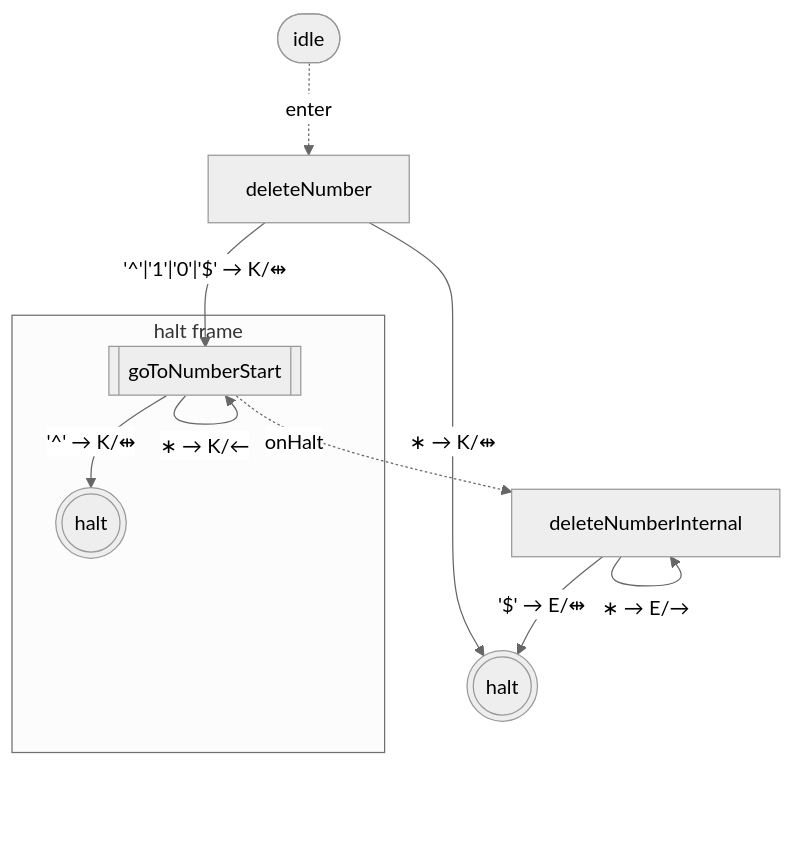
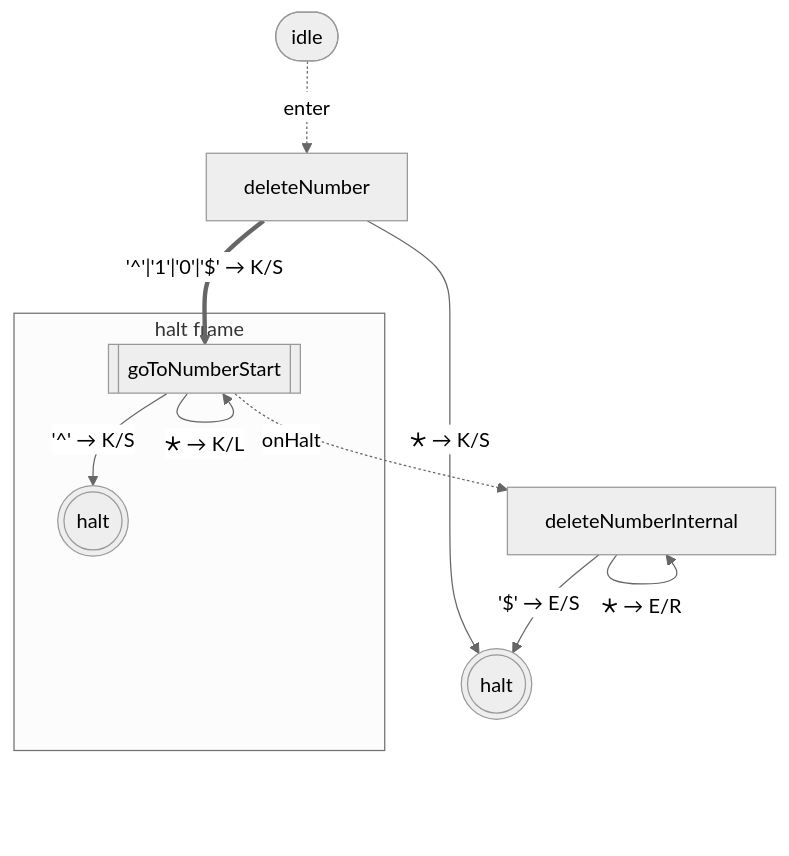
The fourth of 10 diagrams in packages/library-binary-numbers/states.md (mellonis/turing-machine-js), drawn with Mermaid (neutral theme) before and after one commit. The commit also changed other lines of this file and 14 other files, not shown here.

First line of the commit message:
polish(emit + docs): readable vocabulary, removed hand-drawn diagrams, dogfooded `summarize`

````diff
--- a/packages/library-binary-numbers/states.md
+++ b/packages/library-binary-numbers/states.md
@@ -56,20 +56,20 @@
 ```mermaid
 flowchart TD
 %% alphabets: [[" ","^","$","0","1"]]
   s0(((halt)))
   s6["deleteNumberInternal"]
   s8["deleteNumber"]
   idle([idle])
   subgraph w_7["halt frame"]
     s7[["goToNumberStart"]]
     c7(((halt)))
   end
   idle -. enter .-> s8
-  s6 -- "'$' → E/⇹" --> s0
-  s6 -- "∗ → E/→" --> s6
-  s7 -- "'^' → K/⇹" --> c7
-  s7 -- "∗ → K/←" --> s7
+  s6 -- "'$' → E/S" --> s0
+  s6 -- "🞰 → E/R" --> s6
+  s7 -- "'^' → K/S" --> c7
+  s7 -- "🞰 → K/L" --> s7
   s7 -. onHalt .-> s6
-  s8 -- "'^'|'1'|'0'|'$' → K/⇹" --> s7
-  s8 -- "∗ → K/⇹" --> s0
+  s8 == "'^'|'1'|'0'|'$' → K/S" ==> s7
+  s8 -- "🞰 → K/S" --> s0
 ```
````
